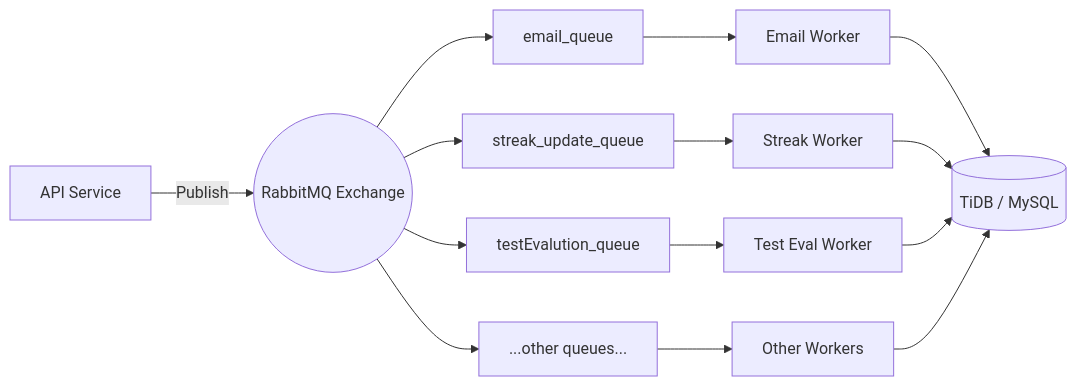
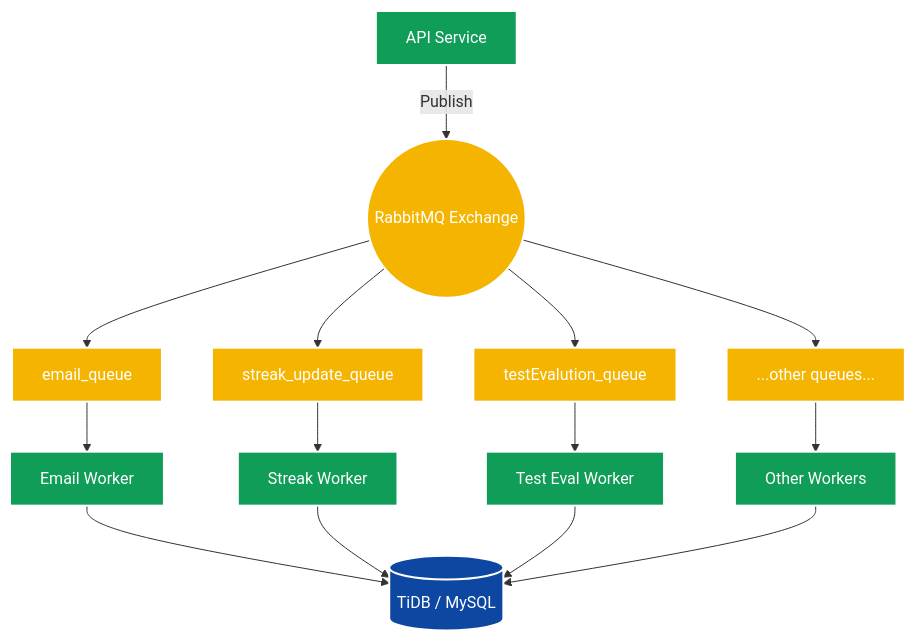
The fifth of 5 diagrams in README.md (Tanishq112005/JEE-Archive-Mock-Test-Platform), drawn with Mermaid before and after one commit. The commit also changed other lines of this file, not shown here.

````diff
--- a/README.md
+++ b/README.md
@@ -232,19 +243,23 @@
 ```mermaid
-graph LR
-    API[API Service] -->|Publish| Exchange((RabbitMQ Exchange))
+graph TD
+    classDef server fill:#0F9D58,stroke:#fff,stroke-width:2px,color:#fff
+    classDef queue fill:#F4B400,stroke:#fff,stroke-width:2px,color:#fff
+    classDef data fill:#0D47A1,stroke:#fff,stroke-width:2px,color:#fff
+
+    API[API Service]:::server -->|Publish| Exchange((RabbitMQ Exchange)):::queue
     
-    Exchange --> Q1[email_queue]
-    Exchange --> Q2[streak_update_queue]
-    Exchange --> Q3[testEvalution_queue]
-    Exchange --> QN[...other queues...]
+    Exchange --> Q1[email_queue]:::queue
+    Exchange --> Q2[streak_update_queue]:::queue
+    Exchange --> Q3[testEvalution_queue]:::queue
+    Exchange --> QN[...other queues...]:::queue
     
-    Q1 --> W1[Email Worker]
-    Q2 --> W2[Streak Worker]
-    Q3 --> W3[Test Eval Worker]
-    QN --> WN[Other Workers]
+    Q1 --> W1[Email Worker]:::server
+    Q2 --> W2[Streak Worker]:::server
+    Q3 --> W3[Test Eval Worker]:::server
+    QN --> WN[Other Workers]:::server
     
-    W1 --> DB[(TiDB / MySQL)]
+    W1 --> DB[(TiDB / MySQL)]:::data
     W2 --> DB
     W3 --> DB
     WN --> DB
 ```
````
